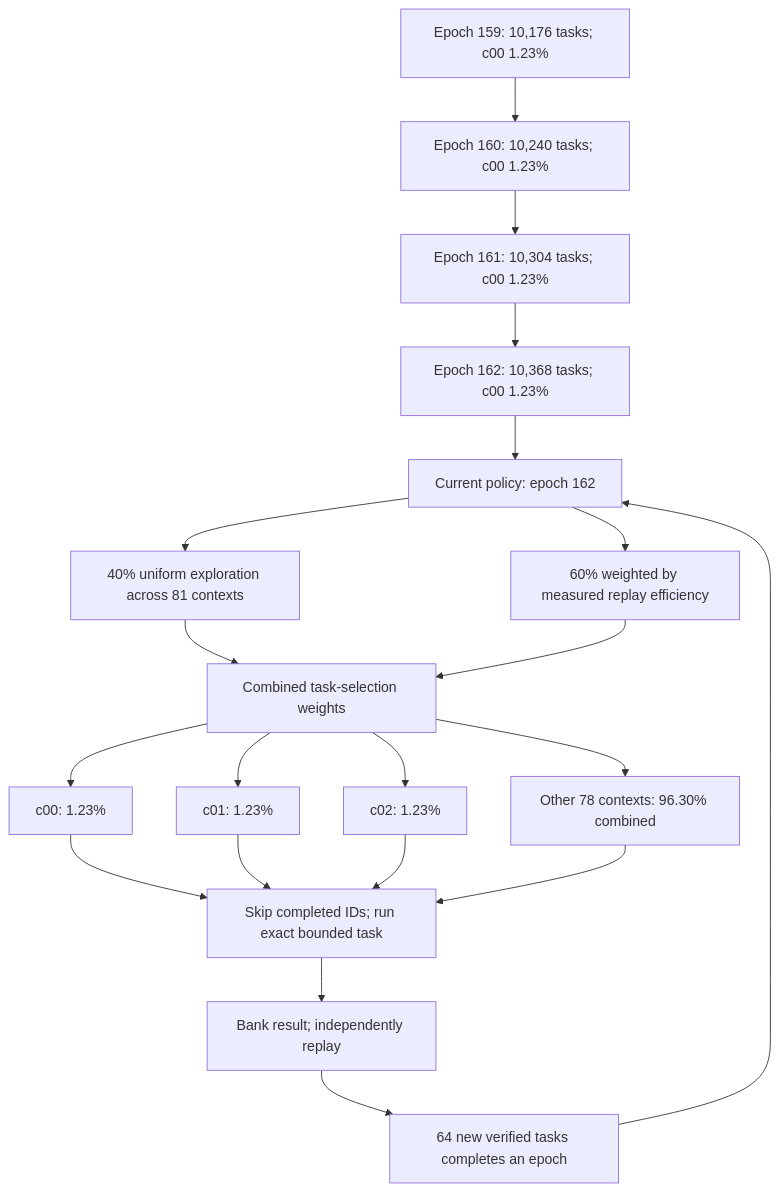
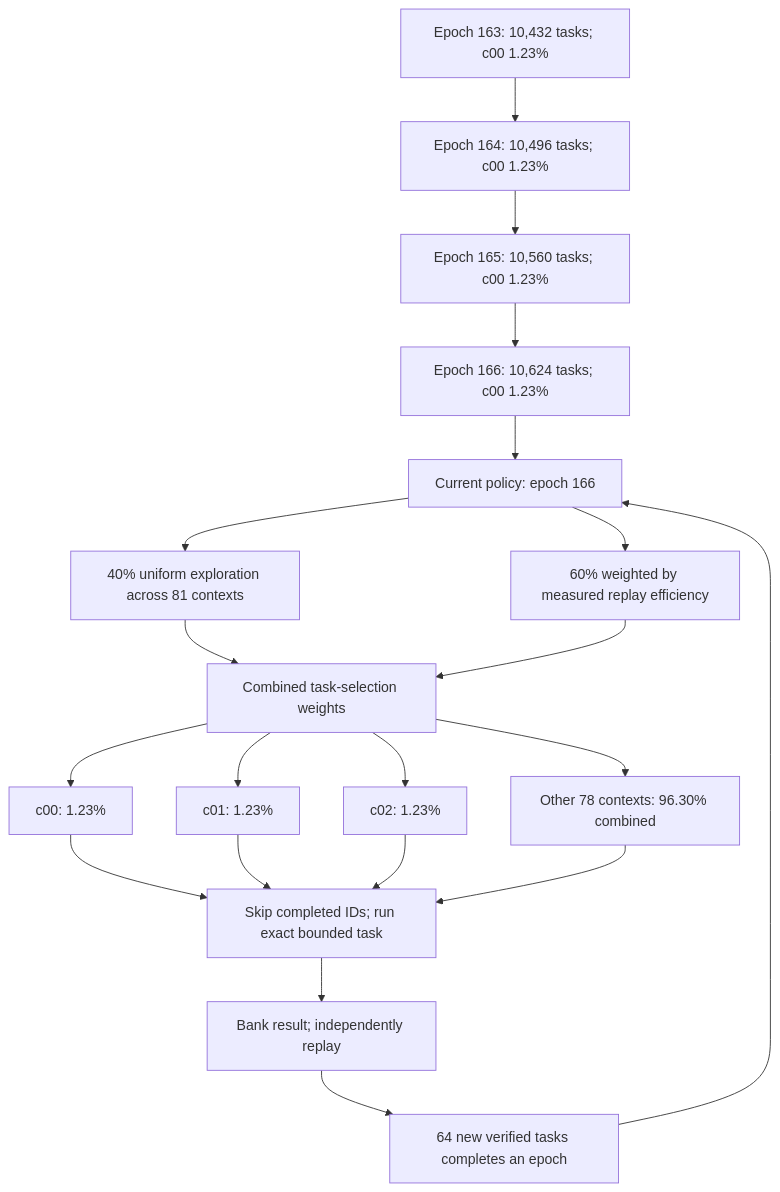
One commit to Kuberwastaken/math-gambling changed the diagram in README.md. Above: the diagram before and after it, drawn with Mermaid. The commit also changed other lines of this file and 598 other files, not shown here.

````diff
--- a/README.md
+++ b/README.md
@@ -49,27 +49,27 @@
 ```mermaid
 flowchart TD
-    H0["Epoch 159: 10,176 tasks; c00 1.23%"]
-    H1["Epoch 160: 10,240 tasks; c00 1.23%"]
+    H0["Epoch 163: 10,432 tasks; c00 1.23%"]
+    H1["Epoch 164: 10,496 tasks; c00 1.23%"]
     H0 --> H1
-    H2["Epoch 161: 10,304 tasks; c00 1.23%"]
+    H2["Epoch 165: 10,560 tasks; c00 1.23%"]
     H1 --> H2
-    H3["Epoch 162: 10,368 tasks; c00 1.23%"]
+    H3["Epoch 166: 10,624 tasks; c00 1.23%"]
     H2 --> H3
-    Policy["Current policy: epoch 162"]
+    Policy["Current policy: epoch 166"]
     H3 --> Policy
     Policy --> Explore["40% uniform exploration across 81 contexts"]
     Policy --> Cost["60% weighted by measured replay efficiency"]
     Explore --> Mix["Combined task-selection weights"]
     Cost --> Mix
     Mix --> C0["c00: 1.23%"]
     Mix --> C1["c01: 1.23%"]
     Mix --> C2["c02: 1.23%"]
     Mix --> Rest["Other 78 contexts: 96.30% combined"]
     C0 --> Check["Skip completed IDs; run exact bounded task"]
     C1 --> Check
     C2 --> Check
     Rest --> Check
     Check --> Replay["Bank result; independently replay"]
     Replay --> Gate["64 new verified tasks completes an epoch"]
     Gate --> Policy
 ```
````
